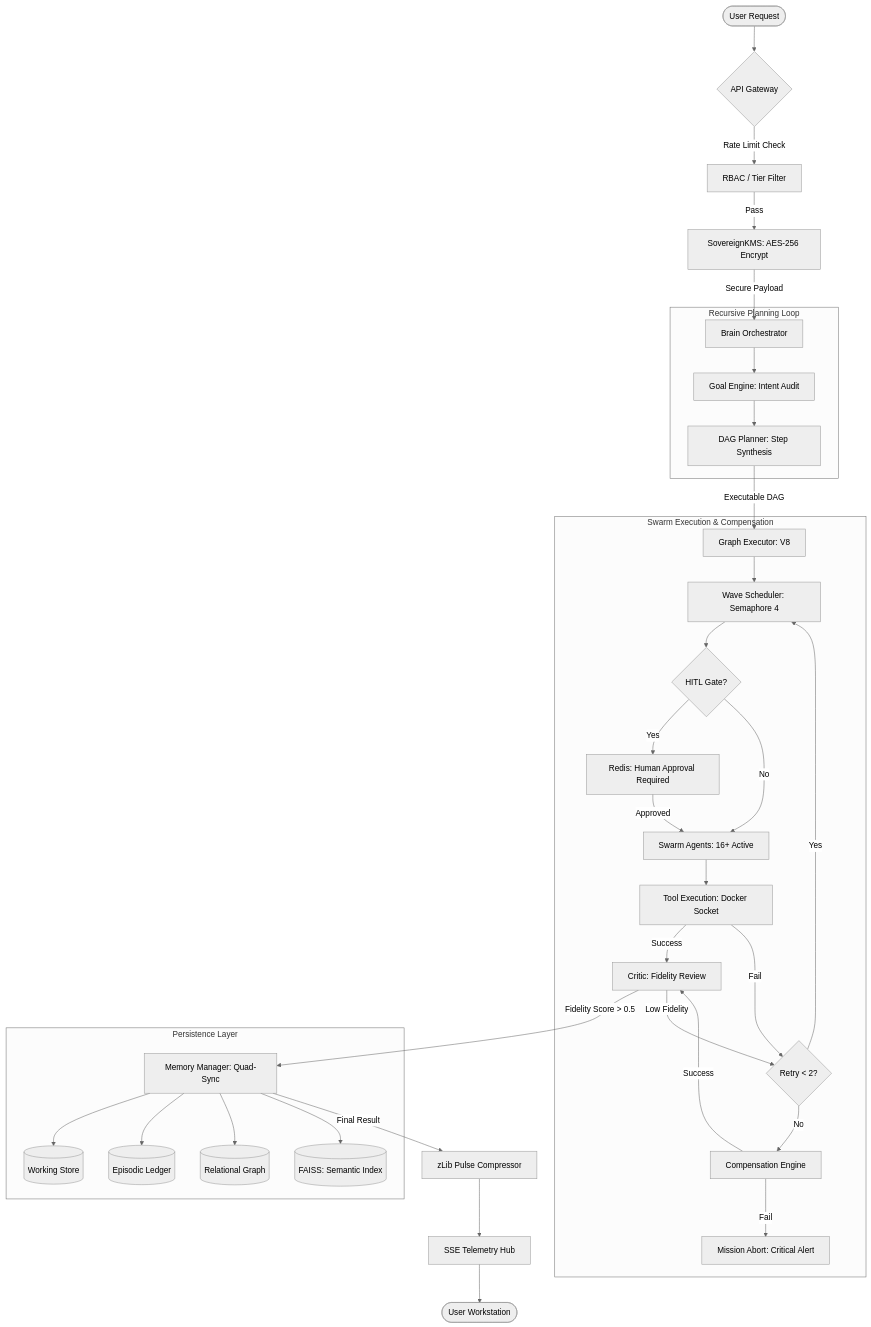
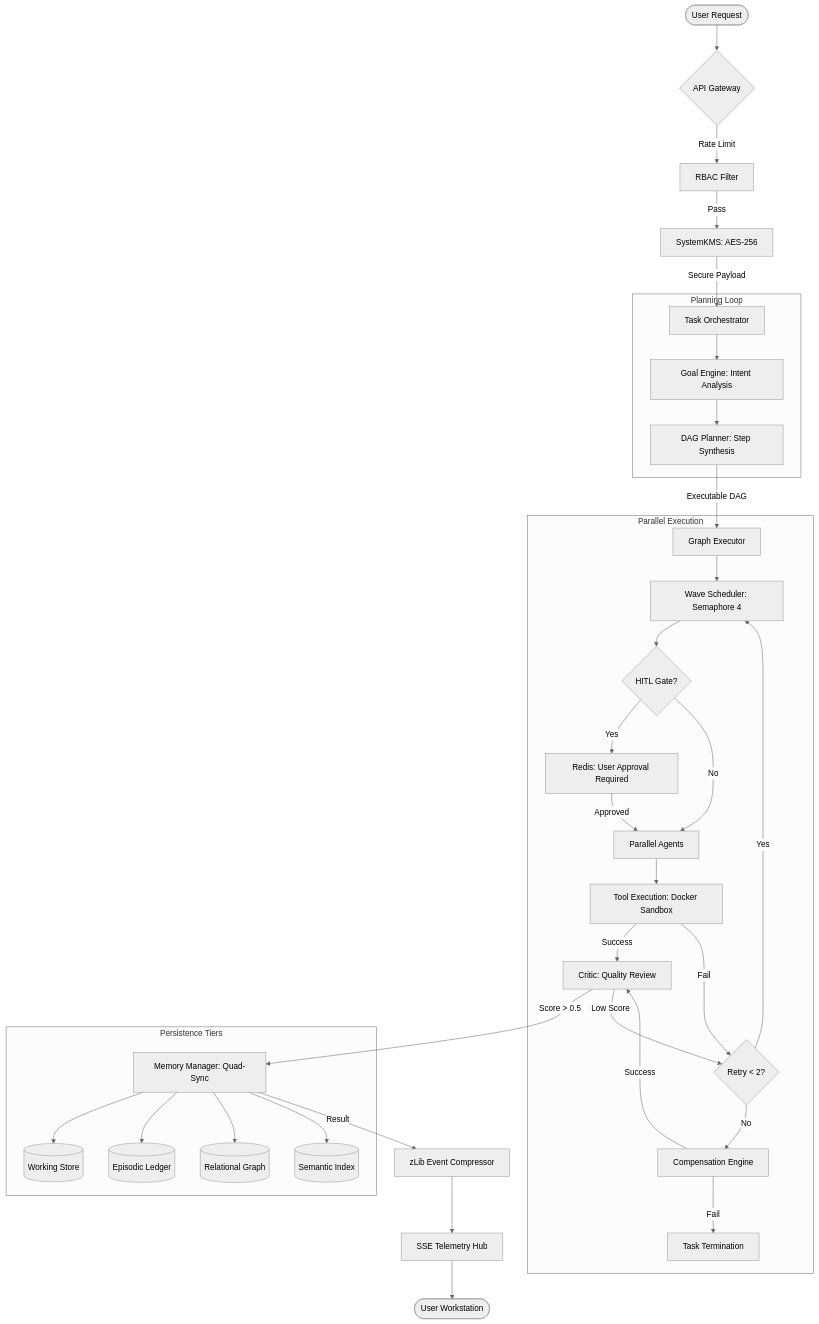
The second of 2 diagrams in README.md (Blackdrg/levi-ai-innovate), drawn with Mermaid (neutral theme) before and after one commit. The commit also changed other lines of this file and 15 other files, not shown here.

````diff
--- a/README.md
+++ b/README.md
@@ -275,44 +173,44 @@
 ```mermaid
 graph TD
     User([User Request]) --> Gateway{API Gateway}
-    Gateway -- "Rate Limit Check" --> RBAC[RBAC / Tier Filter]
-    RBAC -- "Pass" --> KMS[SovereignKMS: AES-256 Encrypt]
-    KMS -- "Secure Payload" --> Brain[Brain Orchestrator]
+    Gateway -- "Rate Limit" --> RBAC[RBAC Filter]
+    RBAC -- "Pass" --> KMS[SystemKMS: AES-256]
+    KMS -- "Secure Payload" --> Orchestrator[Task Orchestrator]
     
-    subgraph "Recursive Planning Loop"
-        Brain --> Goal[Goal Engine: Intent Audit]
+    subgraph "Planning Loop"
+        Orchestrator --> Goal[Goal Engine: Intent Analysis]
         Goal --> Planner[DAG Planner: Step Synthesis]
     end
     
-    Planner -- "Executable DAG" --> Executor[Graph Executor: V8]
+    Planner -- "Executable DAG" --> Executor[Graph Executor]
     
-    subgraph "Swarm Execution & Compensation"
+    subgraph "Parallel Execution"
         Executor --> Wave[Wave Scheduler: Semaphore 4]
         Wave --> HITL{HITL Gate?}
-        HITL -- "Yes" --> Approval[Redis: Human Approval Required]
-        Approval -- "Approved" --> Agents[Swarm Agents: 16+ Active]
+        HITL -- "Yes" --> Approval[Redis: User Approval Required]
+        Approval -- "Approved" --> Agents[Parallel Agents]
         HITL -- "No" --> Agents
         
-        Agents --> Tool[Tool Execution: Docker Socket]
-        Tool -- "Success" --> Adjudicate[Critic: Fidelity Review]
+        Agents --> Tool[Tool Execution: Docker Sandbox]
+        Tool -- "Success" --> Evaluate[Critic: Quality Review]
         Tool -- "Fail" --> Retry{Retry < 2?}
         Retry -- "Yes" --> Wave
         Retry -- "No" --> Compensate[Compensation Engine]
-        Compensate -- "Success" --> Adjudicate
-        Compensate -- "Fail" --> Abort[Mission Abort: Critical Alert]
+        Compensate -- "Success" --> Evaluate
+        Compensate -- "Fail" --> Terminate[Task Termination]
     end
     
-    Adjudicate -- "Fidelity Score > 0.5" --> Crystallize[Memory Manager: Quad-Sync]
-    Adjudicate -- "Low Fidelity" --> Retry
+    Evaluate -- "Score > 0.5" --> Persist[Memory Manager: Quad-Sync]
+    Evaluate -- "Low Score" --> Retry
     
-    subgraph "Persistence Layer"
-        Crystallize --> Redis[(Working Store)]
-        Crystallize --> Postgres[(Episodic Ledger)]
-        Crystallize --> Neo4j[(Relational Graph)]
-        Crystallize --> FAISS[(FAISS: Semantic Index)]
+    subgraph "Persistence Tiers"
+        Persist --> Redis[(Working Store)]
+        Persist --> Postgres[(Episodic Ledger)]
+        Persist --> Neo4j[(Relational Graph)]
+        Persist --> FAISS[(Semantic Index)]
     end
     
-    Crystallize -- "Final Result" --> Zlib[zLib Pulse Compressor]
+    Persist -- "Result" --> Zlib[zLib Event Compressor]
     Zlib --> SSE[SSE Telemetry Hub]
     SSE --> Response([User Workstation])
 ```
````
